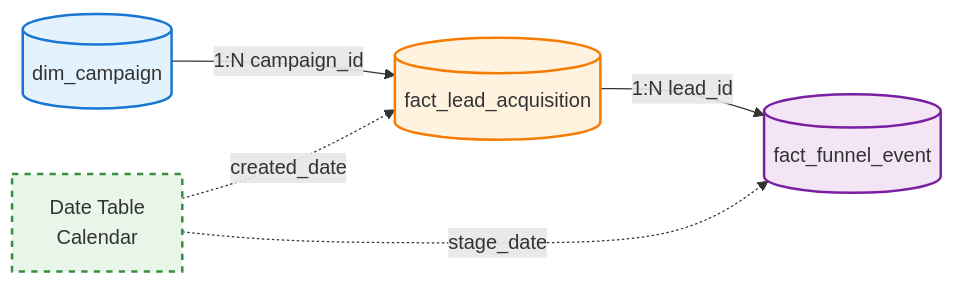
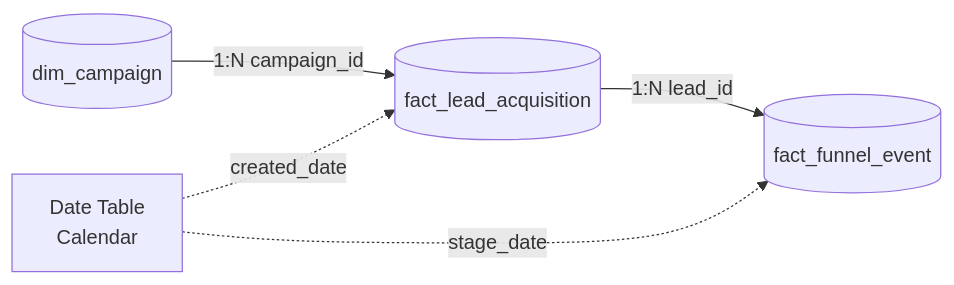
One commit to rohitkr8527/b2b-growth-funnel-analytics changed the fourth of 4 diagrams in README.md. Above: the diagram before and after it, drawn with Mermaid. The commit also changed other lines of this file, not shown here.

````diff
--- a/README.md
+++ b/README.md
@@ -477,12 +462,7 @@
 ```mermaid
 graph LR
     A[(dim_campaign)] -->|1:N campaign_id| B[(fact_lead_acquisition)]
     B -->|1:N lead_id| C[(fact_funnel_event)]
     D[Date Table<br/>Calendar] -.->|created_date| B
     D -.->|stage_date| C
-    
-    style A fill:#e3f2fd,stroke:#1976d2,stroke-width:2px
-    style B fill:#fff3e0,stroke:#f57c00,stroke-width:2px
-    style C fill:#f3e5f5,stroke:#7b1fa2,stroke-width:2px
-    style D fill:#e8f5e9,stroke:#388e3c,stroke-width:2px,stroke-dasharray: 5 5
 ```
````
